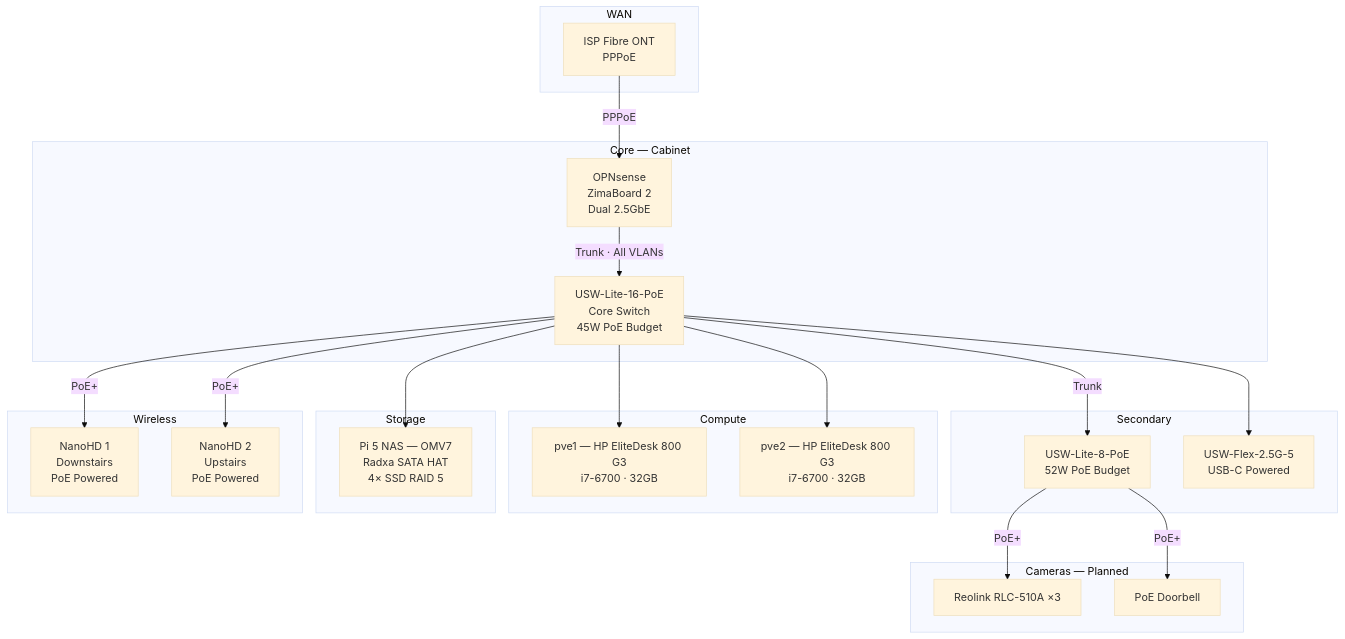
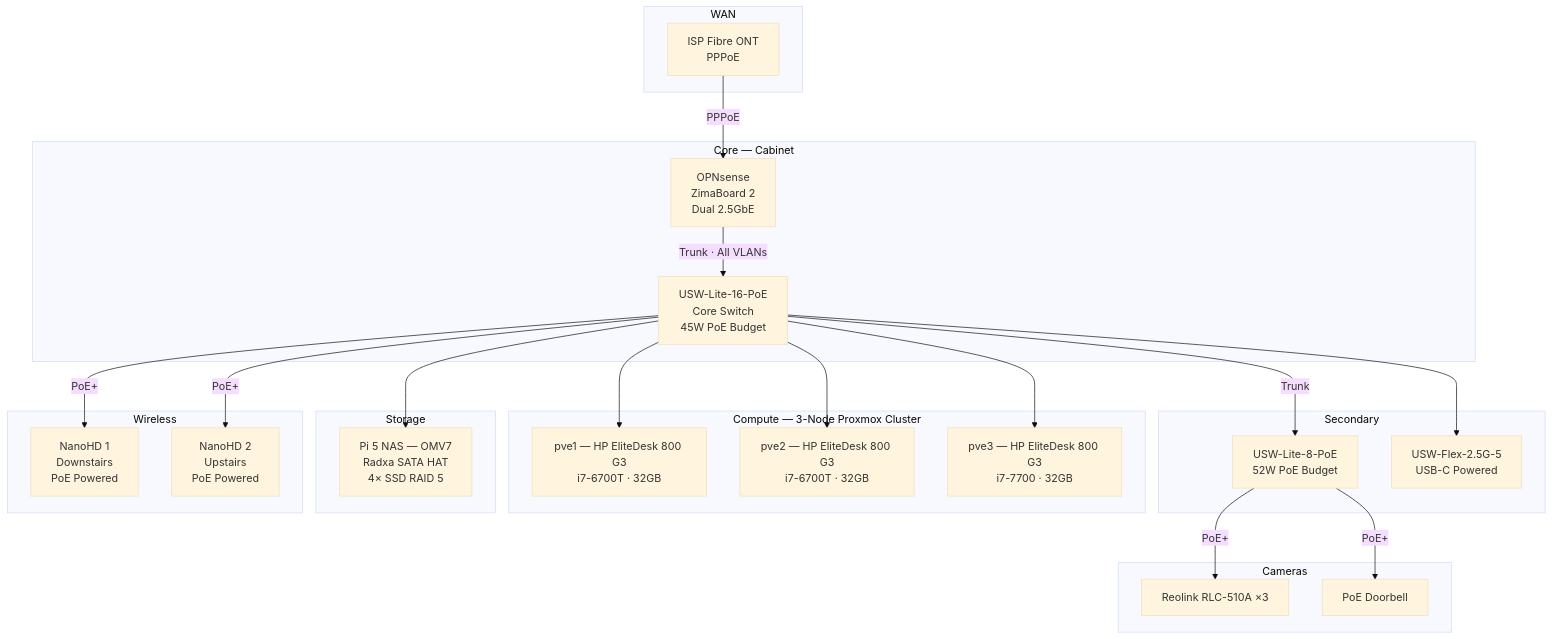
One commit to sohrabros/homelab changed the diagram in docs/architecture/network-design.md. Above: the diagram before and after it, drawn with Mermaid (base theme). The commit also changed other lines of this file and 8 other files, not shown here.

````diff
--- a/docs/architecture/network-design.md
+++ b/docs/architecture/network-design.md
@@ -5,47 +5,49 @@
 ```mermaid
 graph TB
     subgraph WAN["WAN"]
         ISP["ISP Fibre ONT<br/>PPPoE"]
     end
 
     subgraph CORE["Core — Cabinet"]
         FW["OPNsense<br/>ZimaBoard 2<br/>Dual 2.5GbE"]
         SW16["USW-Lite-16-PoE<br/>Core Switch<br/>45W PoE Budget"]
     end
 
     subgraph SECONDARY["Secondary"]
         SW8["USW-Lite-8-PoE<br/>52W PoE Budget"]
         FLEX["USW-Flex-2.5G-5<br/>USB-C Powered"]
     end
 
-    subgraph COMPUTE["Compute"]
-        PVE1["pve1 — HP EliteDesk 800 G3<br/>i7-6700 · 32GB"]
-        PVE2["pve2 — HP EliteDesk 800 G3<br/>i7-6700 · 32GB"]
+    subgraph COMPUTE["Compute — 3-Node Proxmox Cluster"]
+        PVE1["pve1 — HP EliteDesk 800 G3<br/>i7-6700T · 32GB"]
+        PVE2["pve2 — HP EliteDesk 800 G3<br/>i7-6700T · 32GB"]
+        PVE3["pve3 — HP EliteDesk 800 G3<br/>i7-7700 · 32GB"]
     end
 
     subgraph STORAGE["Storage"]
         NAS["Pi 5 NAS — OMV7<br/>Radxa SATA HAT<br/>4× SSD RAID 5"]
     end
 
     subgraph WIRELESS["Wireless"]
         AP1["NanoHD 1<br/>Downstairs<br/>PoE Powered"]
         AP2["NanoHD 2<br/>Upstairs<br/>PoE Powered"]
     end
 
-    subgraph CAMERAS["Cameras — Planned"]
+    subgraph CAMERAS["Cameras"]
         CAM1["Reolink RLC-510A ×3"]
         BELL["PoE Doorbell"]
     end
 
     ISP -->|"PPPoE"| FW
     FW -->|"Trunk · All VLANs"| SW16
     SW16 -->|"Trunk"| SW8
     SW16 --> FLEX
     SW16 --> PVE1
     SW16 --> PVE2
+    SW16 --> PVE3
     SW16 --> NAS
     SW16 -->|"PoE+"| AP1
     SW16 -->|"PoE+"| AP2
     SW8 -->|"PoE+"| CAM1
     SW8 -->|"PoE+"| BELL
 ```
````
